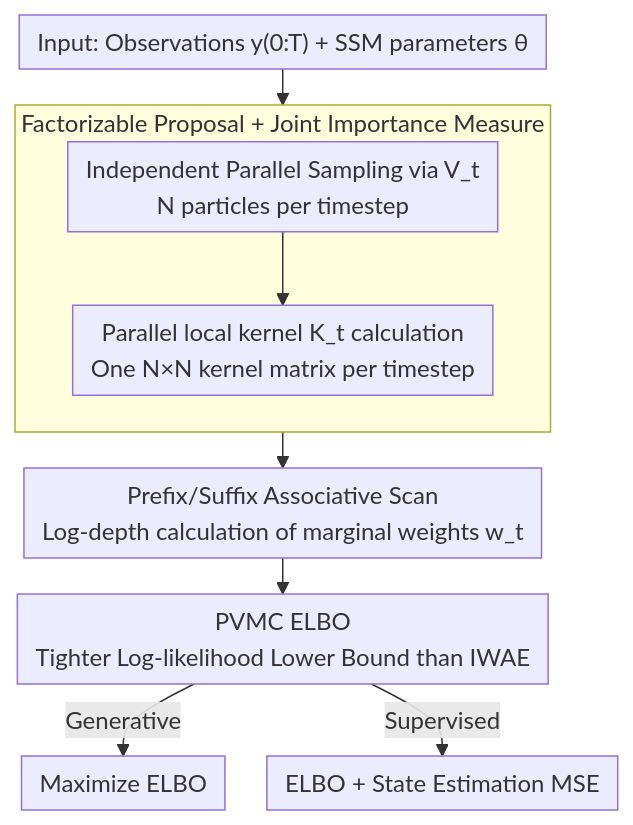
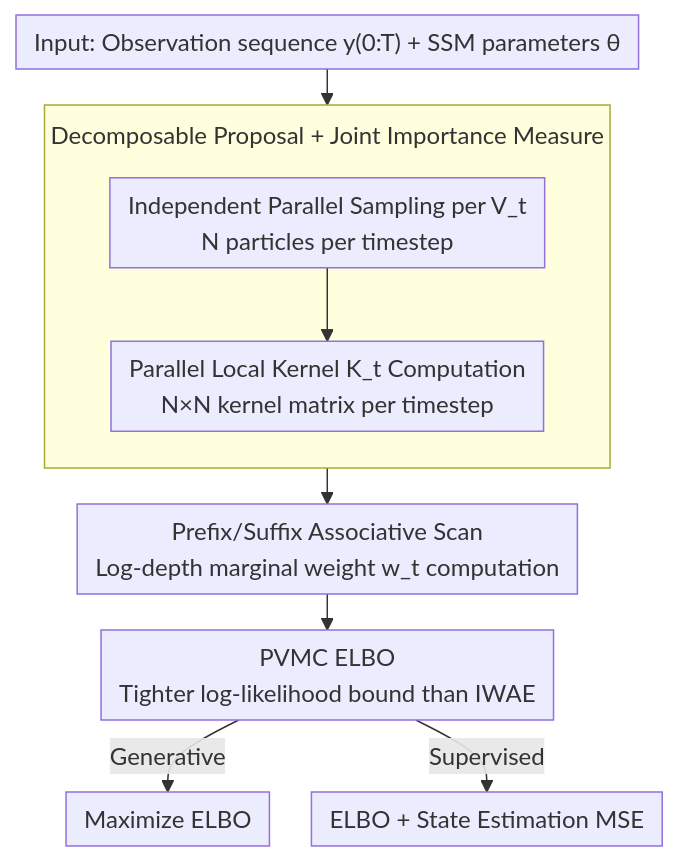
Before and after one commit to zhaoyang97/Paper-Notes-en: the diagram in docs/ICML2026/image_generation/efficient_learning_of_deep_state_space_models_via_importance_smoothing.md, drawn with Mermaid. The commit also changed other lines of this file and 5084 other files, not shown here.

````diff
--- a/docs/ICML2026/image_generation/efficient_learning_of_deep_state_space_models_via_importance_smoothing.md
+++ b/docs/ICML2026/image_generation/efficient_learning_of_deep_state_space_models_via_importance_smoothing.md
@@ -42,13 +42,13 @@
 ```mermaid
-%%{init: {'flowchart': {'rankSpacing': 24, 'nodeSpacing': 28, 'padding': 6, 'wrappingWidth': 400}}}%%
+%%{init: {'flowchart': {'rankSpacing': 24, 'nodeSpacing': 28, 'padding': 6, 'wrappingWidth': 400, 'subGraphTitleMargin': {'top': 8, 'bottom': 16}}}}%%
 flowchart TD
-    A["Input: Observations y(0:T) + SSM parameters θ"] --> S1
-    subgraph S1["Factorizable Proposal + Joint Importance Measure"]
+    A["Input: Observation sequence y(0:T) + SSM parameters θ"] --> S1
+    subgraph S1["Decomposable Proposal + Joint Importance Measure"]
         direction TB
-        B["Independent Parallel Sampling via V_t<br/>N particles per timestep"] --> C["Parallel local kernel K_t calculation<br/>One N×N kernel matrix per timestep"]
+        B["Independent Parallel Sampling per V_t<br/>N particles per timestep"] --> C["Parallel Local Kernel K_t Computation<br/>N×N kernel matrix per timestep"]
     end
-    S1 --> D["Prefix/Suffix Associative Scan<br/>Log-depth calculation of marginal weights w_t"]
-    D --> E["PVMC ELBO<br/>Tighter Log-likelihood Lower Bound than IWAE"]
+    S1 --> D["Prefix/Suffix Associative Scan<br/>Log-depth marginal weight w_t computation"]
+    D --> E["PVMC ELBO<br/>Tighter log-likelihood bound than IWAE"]
     E -->|Generative| F["Maximize ELBO"]
     E -->|Supervised| G["ELBO + State Estimation MSE"]
 ```
````
